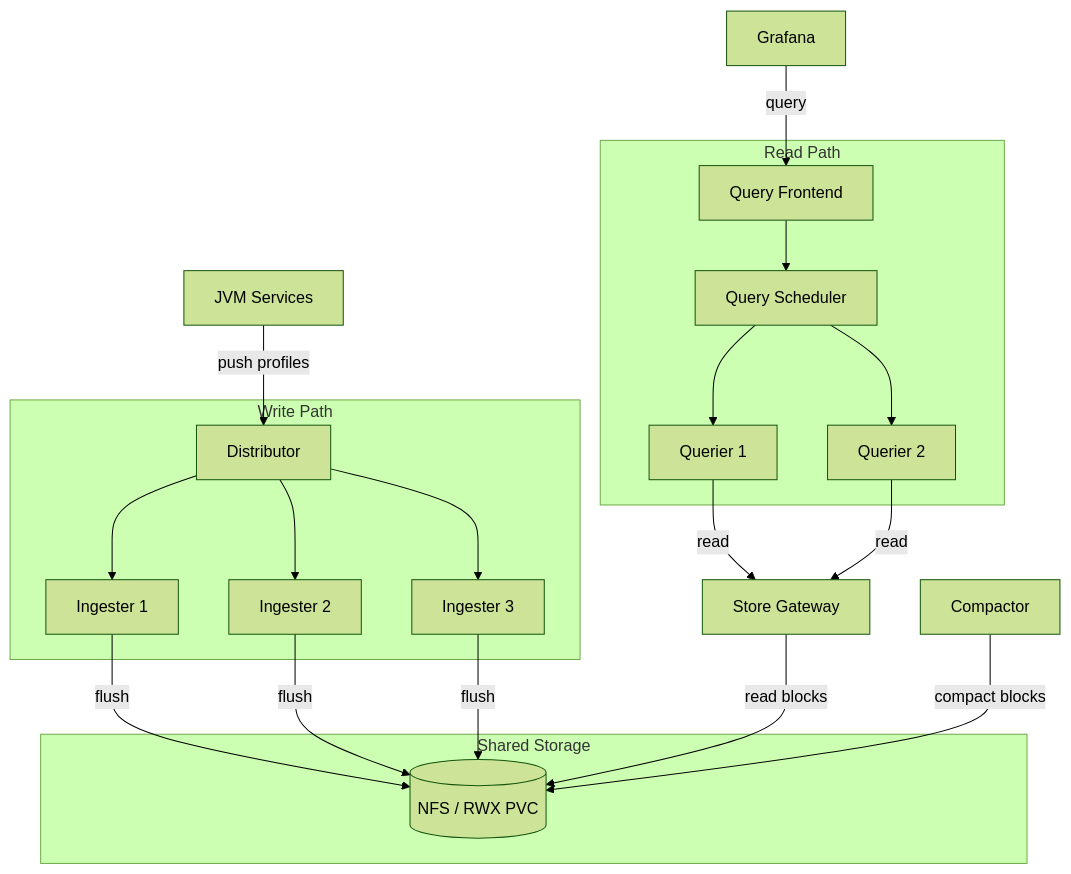
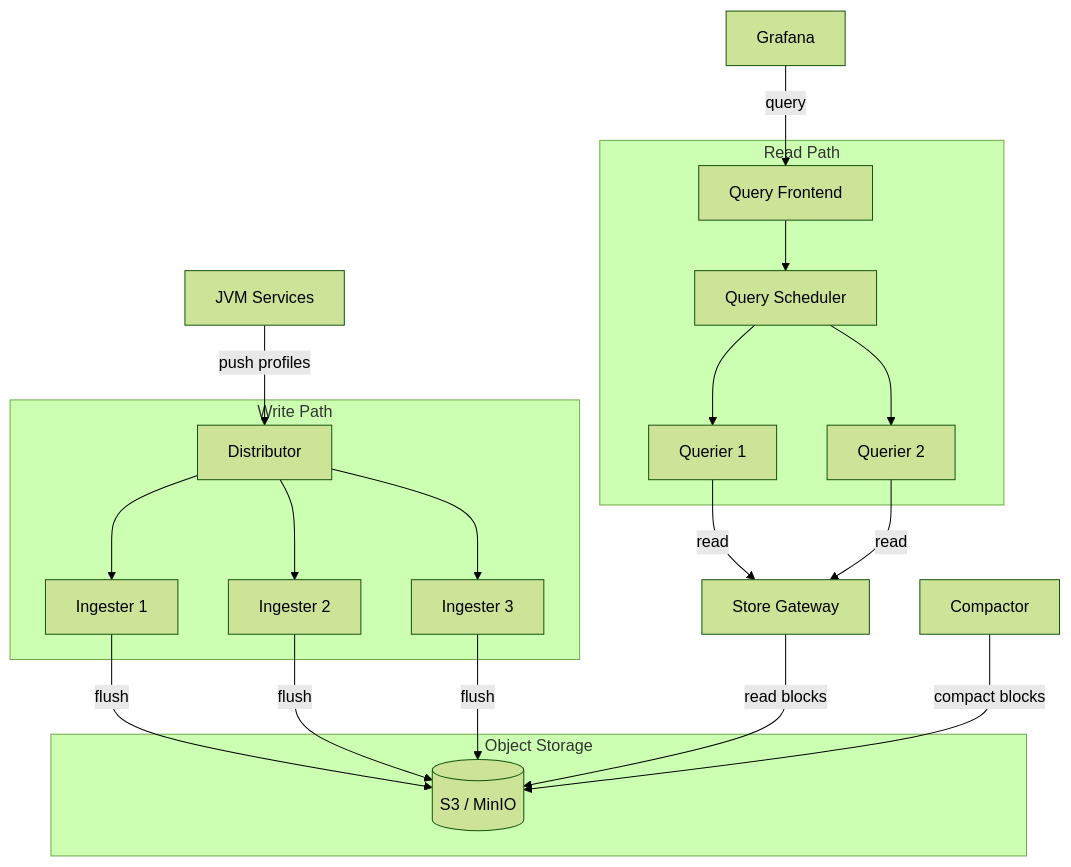
Before and after one commit to aff0gat000/pyroscope: the diagram in deploy/microservices/README.md, drawn with Mermaid (forest theme). The commit also changed other lines of this file and 26 other files, not shown here.

First line of the commit message:
Replace block storage with S3-compatible object storage across all docs and configs

````diff
--- a/deploy/microservices/README.md
+++ b/deploy/microservices/README.md
@@ -7,32 +7,32 @@
 ```mermaid
 graph TB
     SDK[JVM Services] -->|push profiles| DIST[Distributor]
     G[Grafana] -->|query| QF[Query Frontend]
 
     subgraph Write Path
         DIST --> ING1[Ingester 1]
         DIST --> ING2[Ingester 2]
         DIST --> ING3[Ingester 3]
     end
 
     subgraph Read Path
         QF --> QS[Query Scheduler]
         QS --> Q1[Querier 1]
         QS --> Q2[Querier 2]
     end
 
     SG[Store Gateway]
     C[Compactor]
 
-    subgraph Shared Storage
-        NFS[("NFS / RWX PVC")]
+    subgraph Object Storage
+        S3[("S3 / MinIO")]
     end
 
-    ING1 -->|flush| NFS
-    ING2 -->|flush| NFS
-    ING3 -->|flush| NFS
+    ING1 -->|flush| S3
+    ING2 -->|flush| S3
+    ING3 -->|flush| S3
     Q1 -->|read| SG
     Q2 -->|read| SG
-    SG -->|read blocks| NFS
-    C -->|compact blocks| NFS
+    SG -->|read blocks| S3
+    C -->|compact blocks| S3
 ```
````
